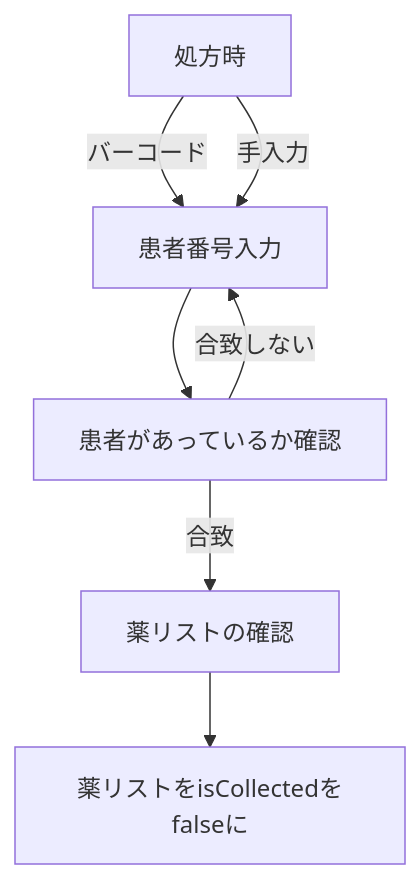
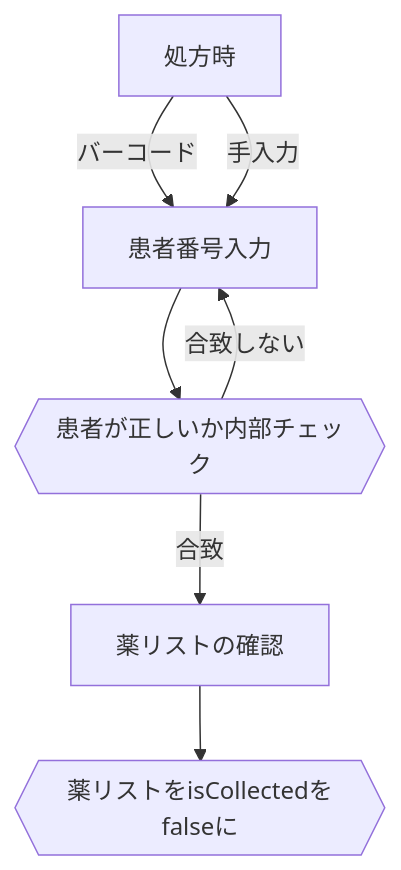
One commit to obutora/ODP_calc changed the second of 4 diagrams in readme.md. Above: the diagram before and after it, drawn with Mermaid. The commit also changed other lines of this file, not shown here.

````diff
--- a/readme.md
+++ b/readme.md
@@ -37,9 +37,9 @@
 ```mermaid
 flowchart TD
 処方時 -- バーコード --> 患者番号入力
 処方時 -- 手入力 --> 患者番号入力
-患者番号入力 --> 患者があっているか確認
-患者があっているか確認 -- 合致 --> 薬リストの確認
-患者があっているか確認 -- 合致しない --> 患者番号入力
-薬リストの確認 --> 薬リストをisCollectedをfalseに
+患者番号入力 --> check{{患者が正しいか内部チェック}}
+check -- 合致 --> 薬リストの確認
+check -- 合致しない --> 患者番号入力
+薬リストの確認 --> toFalse{{薬リストをisCollectedをfalseに}}
 ```
````
